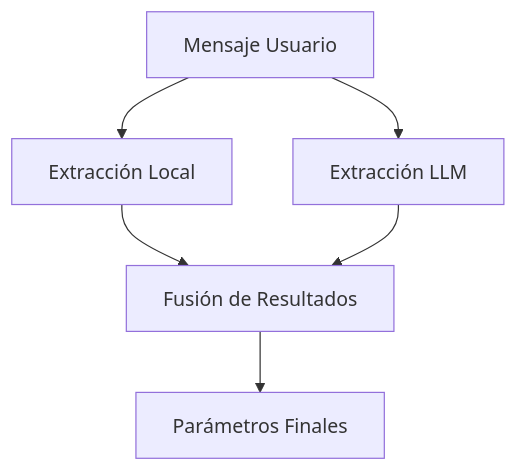
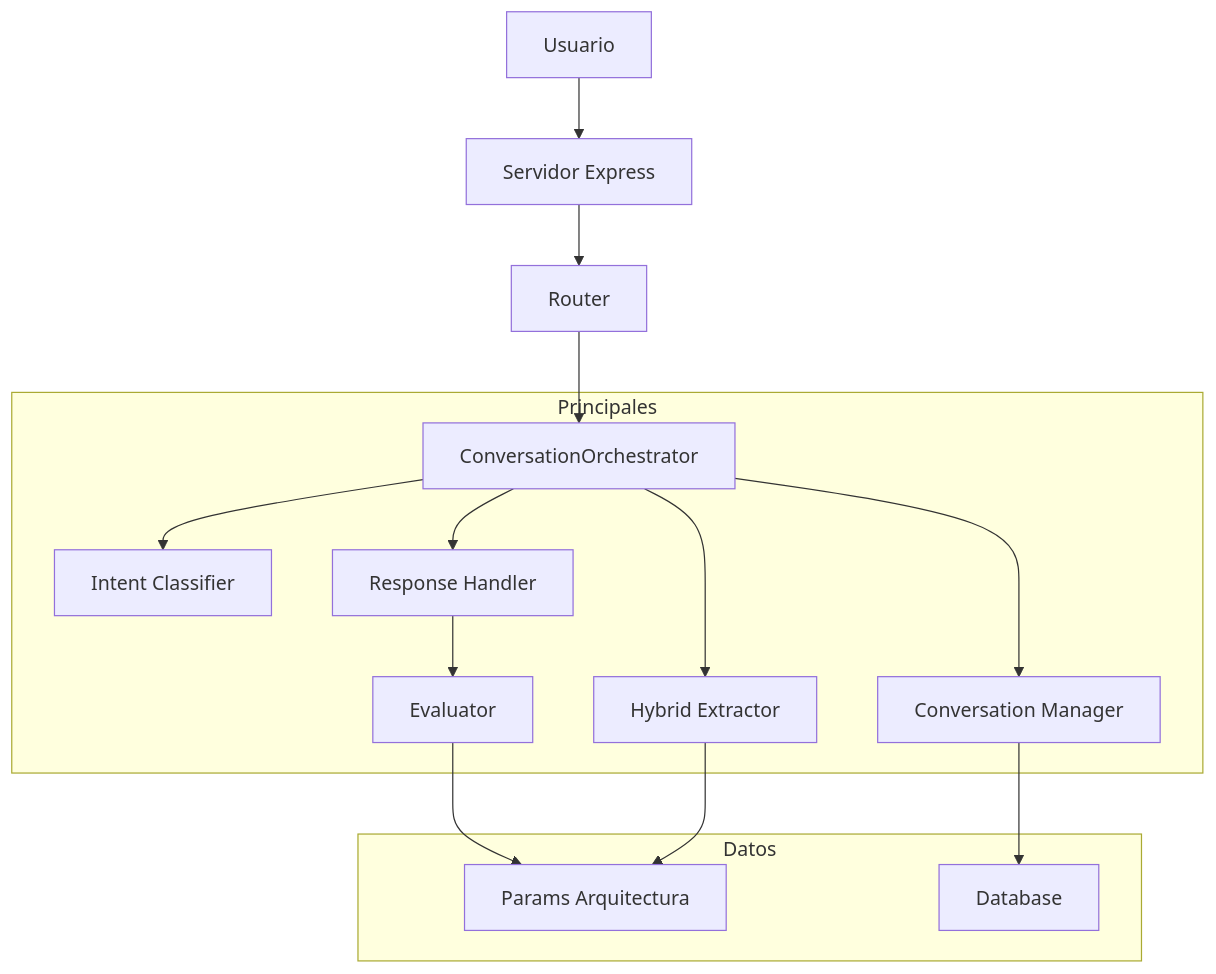
One commit to spuentesp/archssistant changed the third of 3 diagrams in README.md. Above: the diagram before and after it, drawn with Mermaid. The commit also changed other lines of this file, not shown here.

Commit message:
docs: Revise README for clarity on application functionality and conversation flow

````diff
--- a/README.md
+++ b/README.md
@@ -264,8 +105,23 @@
 ```mermaid
 graph TD
-    A[Mensaje Usuario] --> B[Extracción Local]
-    A --> C[Extracción LLM]
-    B --> D[Fusión de Resultados]
-    C --> D
-    D --> E[Parámetros Finales]
+    A[Usuario] --> B[Servidor Express]
+    B --> C[Router]
+    C --> D[ConversationOrchestrator]
+
+    subgraph Principales
+        D --> E[Intent Classifier]
+        D --> F[Hybrid Extractor]
+        D --> G[Conversation Manager]
+        D --> H[Response Handler]
+        H --> K[Evaluator]
+    end
+    
+    subgraph Datos
+        I[Params Arquitectura]
+        J[Database]
+    end
+
+    K --> I
+    F --> I
+    G --> J
 ```
````
